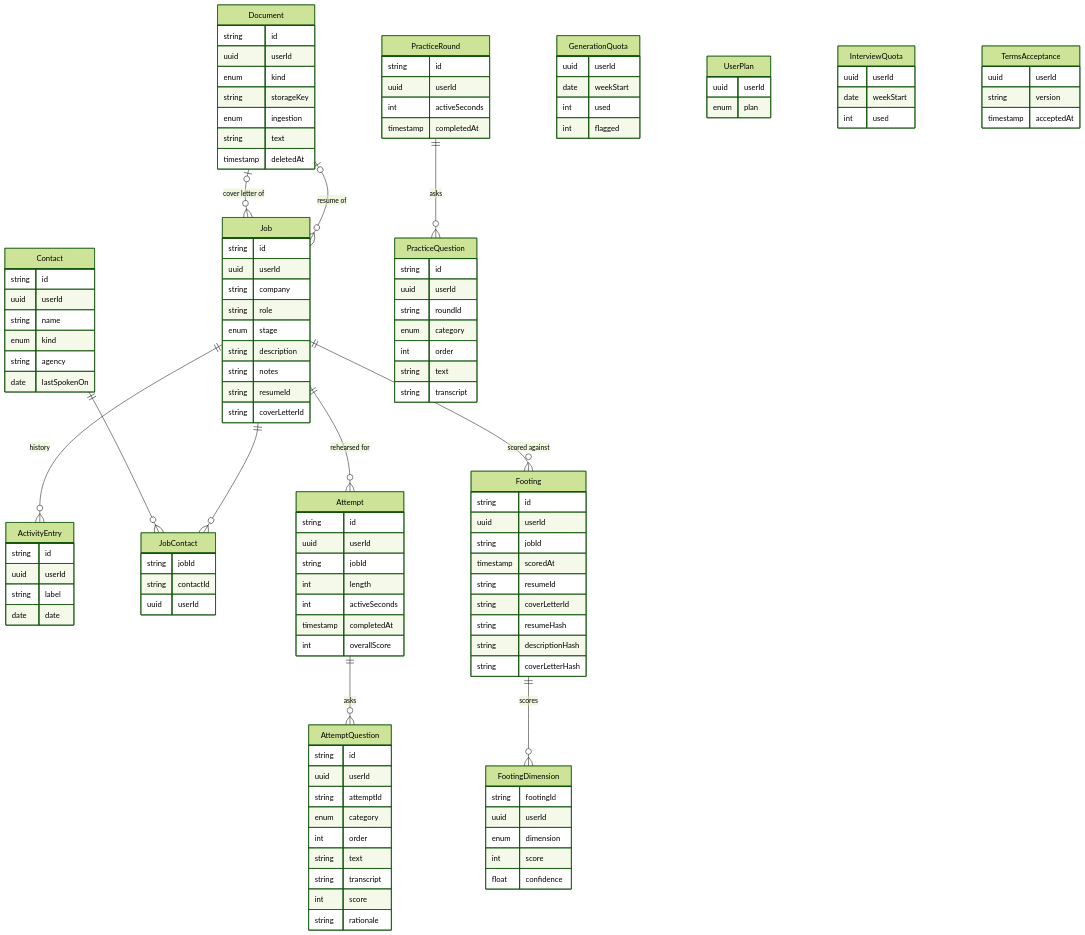
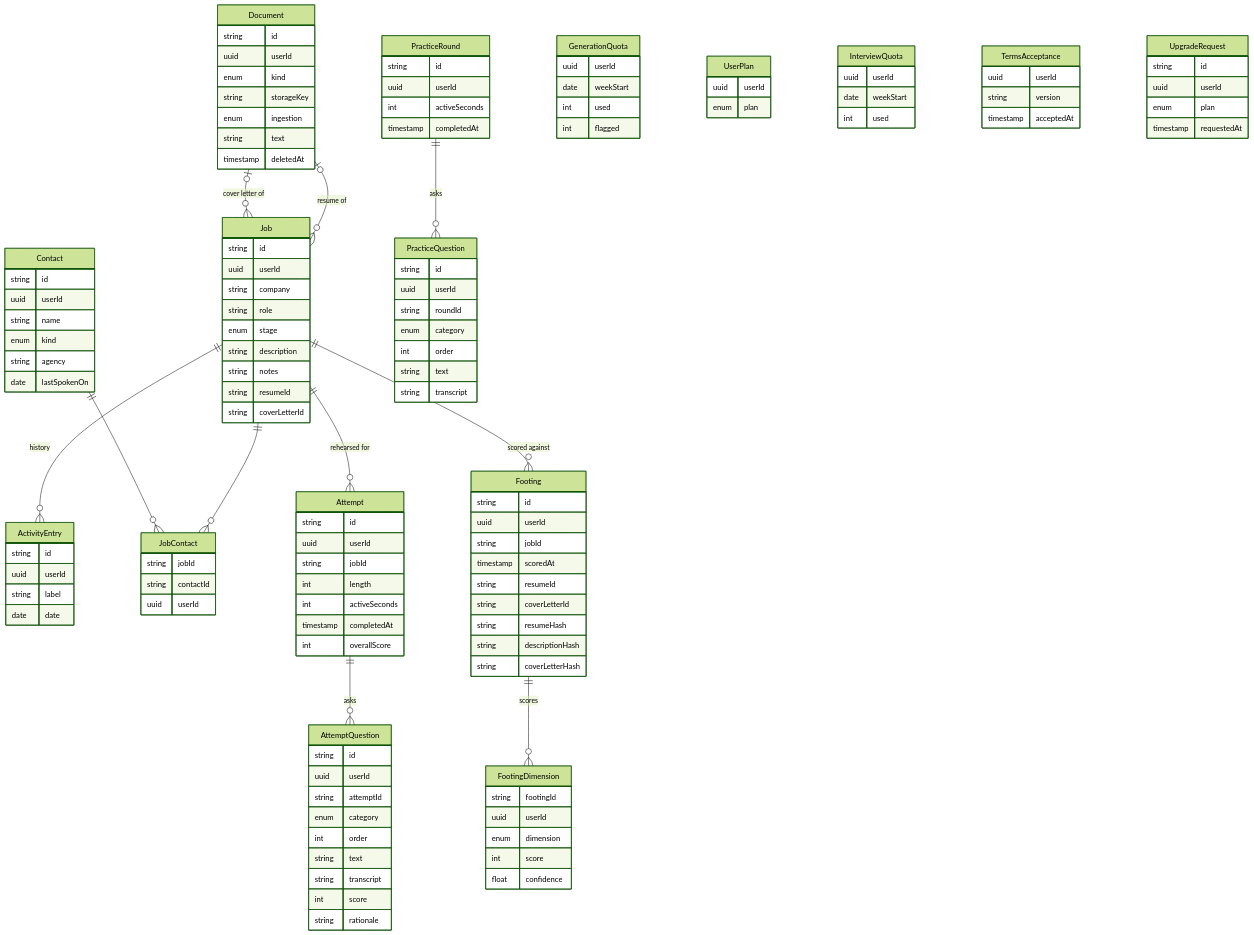
The eighth of 8 diagrams in docs/architecture.md (craigblunden/trailhead), drawn with Mermaid (forest theme) before and after one commit. The commit also changed other lines of this file and 33 other files, not shown here.

````diff
--- a/docs/architecture.md
+++ b/docs/architecture.md
@@ -474,4 +474,10 @@
     string version
     timestamp acceptedAt
   }
+  UpgradeRequest {
+    string id
+    uuid userId
+    enum plan
+    timestamp requestedAt
+  }
 ```
````
